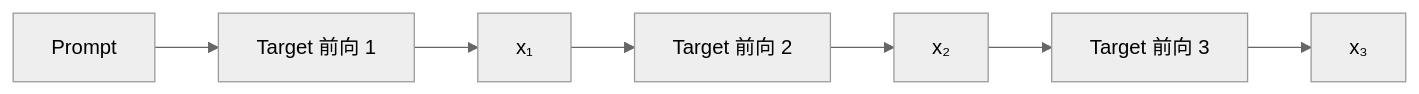
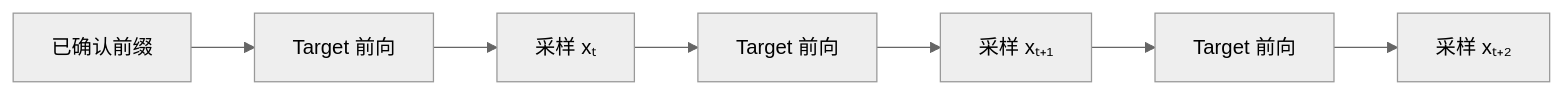
The diagram in docs/guides/模块四-推理优化/第5章-Speculative-Decoding/5.1-核心原理.md (caomaolufei/AIInfraGuide), drawn with Mermaid (neutral theme) before and after one commit. The commit also changed other lines of this file and 53 other files, not shown here.

````diff
--- a/docs/guides/模块四-推理优化/第5章-Speculative-Decoding/5.1-核心原理.md
+++ b/docs/guides/模块四-推理优化/第5章-Speculative-Decoding/5.1-核心原理.md
@@ -27,9 +41,9 @@
 ```mermaid
 flowchart LR
-    P["Prompt"] --> T1["Target 前向 1"]
-    T1 --> X1["x₁"]
-    X1 --> T2["Target 前向 2"]
-    T2 --> X2["x₂"]
-    X2 --> T3["Target 前向 3"]
-    T3 --> X3["x₃"]
+    P["已确认前缀"] --> F1["Target 前向"]
+    F1 --> X1["采样 xₜ"]
+    X1 --> F2["Target 前向"]
+    F2 --> X2["采样 xₜ₊₁"]
+    X2 --> F3["Target 前向"]
+    F3 --> X3["采样 xₜ₊₂"]
 ```
````
